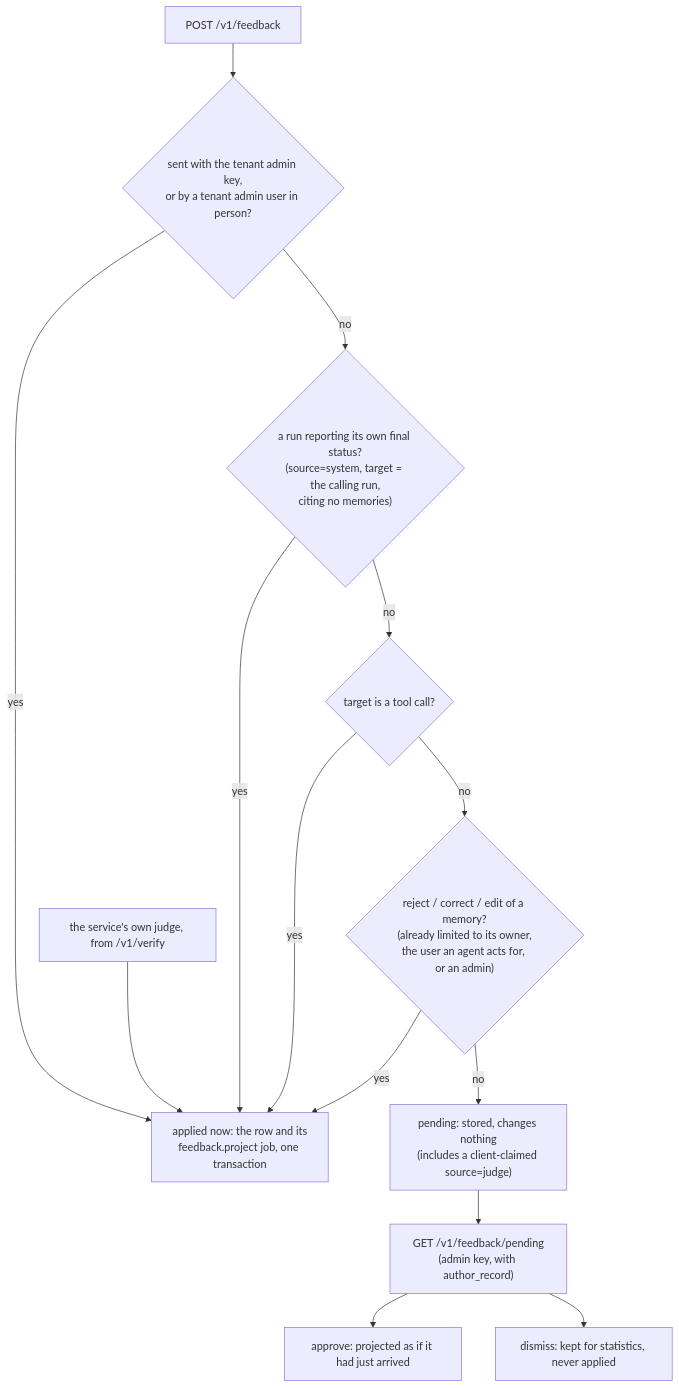
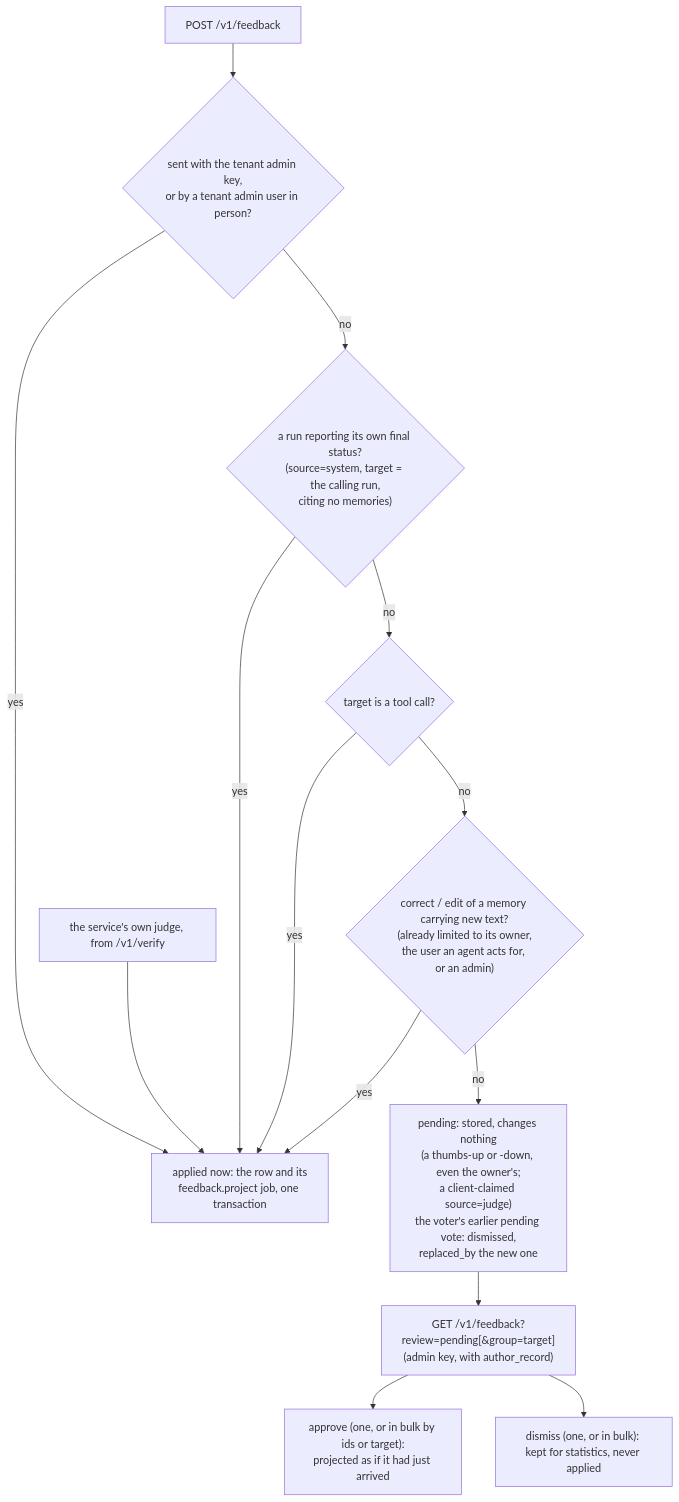
Before and after one commit to amitmohapatra/agent-memory-service: the third of 3 diagrams in docs/guide/06-trust.md, drawn with Mermaid. The commit also changed other lines of this file and 32 other files, not shown here.

````diff
--- a/docs/guide/06-trust.md
+++ b/docs/guide/06-trust.md
@@ -167,16 +168,16 @@
 ```mermaid
 flowchart TB
   F[POST /v1/feedback] --> T{"sent with the tenant admin key,<br/>or by a tenant admin user in person?"}
   T -->|yes| APPLY["applied now: the row and its<br/>feedback.project job, one transaction"]
   T -->|no| S{"a run reporting its own final status?<br/>(source=system, target = the calling run,<br/>citing no memories)"}
   S -->|yes| APPLY
   S -->|no| TC{target is a tool call?}
   TC -->|yes| APPLY
-  TC -->|no| OW{"reject / correct / edit of a memory?<br/>(already limited to its owner,<br/>the user an agent acts for, or an admin)"}
+  TC -->|no| OW{"correct / edit of a memory carrying new text?<br/>(already limited to its owner,<br/>the user an agent acts for, or an admin)"}
   OW -->|yes| APPLY
-  OW -->|no| PEND["pending: stored, changes nothing<br/>(includes a client-claimed source=judge)"]
-  PEND --> Q["GET /v1/feedback/pending<br/>(admin key, with author_record)"]
-  Q --> AP["approve: projected as if it had just arrived"]
-  Q --> DI["dismiss: kept for statistics, never applied"]
+  OW -->|no| PEND["pending: stored, changes nothing<br/>(a thumbs-up or -down, even the owner's;<br/>a client-claimed source=judge)<br/>the voter's earlier pending vote: dismissed,<br/>replaced_by the new one"]
+  PEND --> Q["GET /v1/feedback?review=pending[&group=target]<br/>(admin key, with author_record)"]
+  Q --> AP["approve (one, or in bulk by ids or target):<br/>projected as if it had just arrived"]
+  Q --> DI["dismiss (one, or in bulk): kept for statistics, never applied"]
   J["the service's own judge, from /v1/verify"] --> APPLY
 ```
````
